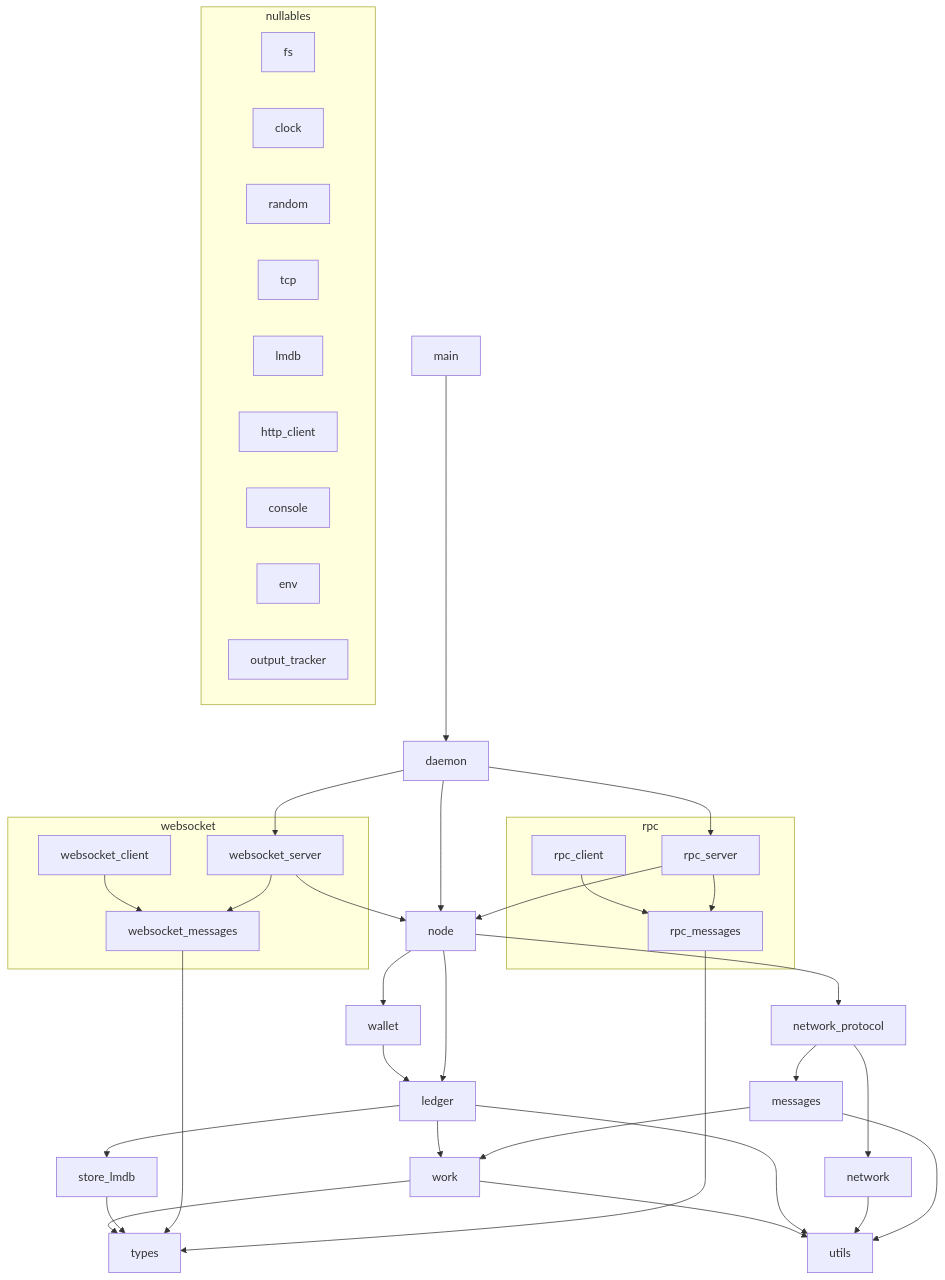
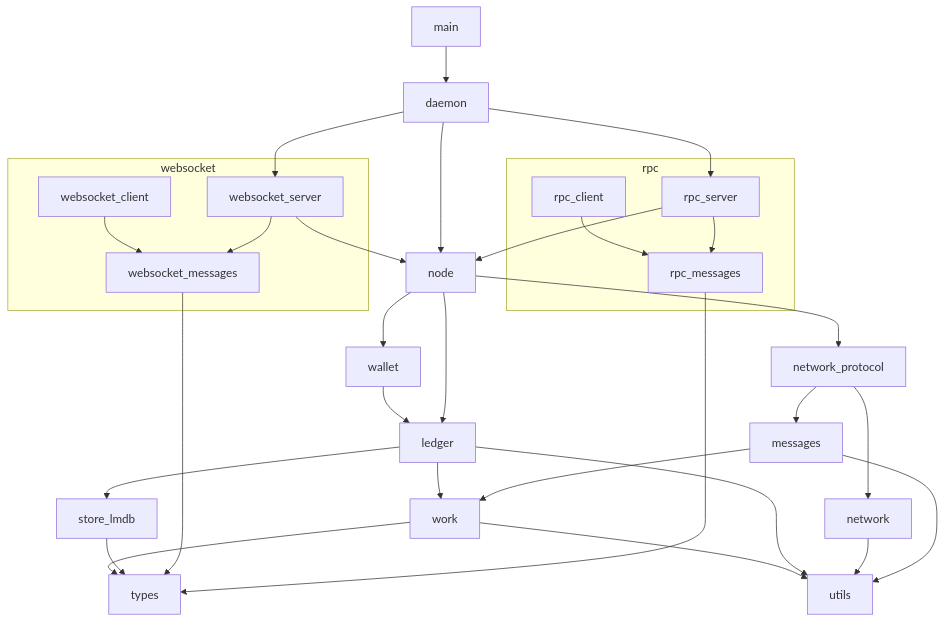
One commit to Fiono11/rsnano-node changed the diagram in README.md. Above: the diagram before and after it, drawn with Mermaid.

Commit message:
Remove nullables from architecture diagramm

````diff
--- a/README.md
+++ b/README.md
@@ -102,54 +102,42 @@
 ```mermaid
 flowchart TD
     main --> daemon
     daemon --> node
     daemon --> rpc_server
     daemon --> websocket_server
     rpc_server --> node
     rpc_server --> rpc_messages
     rpc_client --> rpc_messages
     rpc_messages --> types
     node --> ledger
     node --> network_protocol
     node --> wallet
     network_protocol --> messages
     network_protocol --> network
     websocket_server --> websocket_messages
     websocket_server --> node
     websocket_messages --> types
     websocket_client --> websocket_messages
     messages --> work
     messages --> utils
     network --> utils
     ledger --> store_lmdb
     ledger --> work
     ledger --> utils
     store_lmdb --> types
     work --> types
     work --> utils
     wallet --> ledger
 
     subgraph rpc
         rpc_messages
         rpc_server
         rpc_client
     end
 
     subgraph websocket
         websocket_messages
         websocket_server
         websocket_client
     end
-
-    subgraph nullables
-        fs
-        clock
-        random
-        tcp
-        lmdb
-        http_client
-        console
-        env
-        output_tracker
-    end
 ```
````
